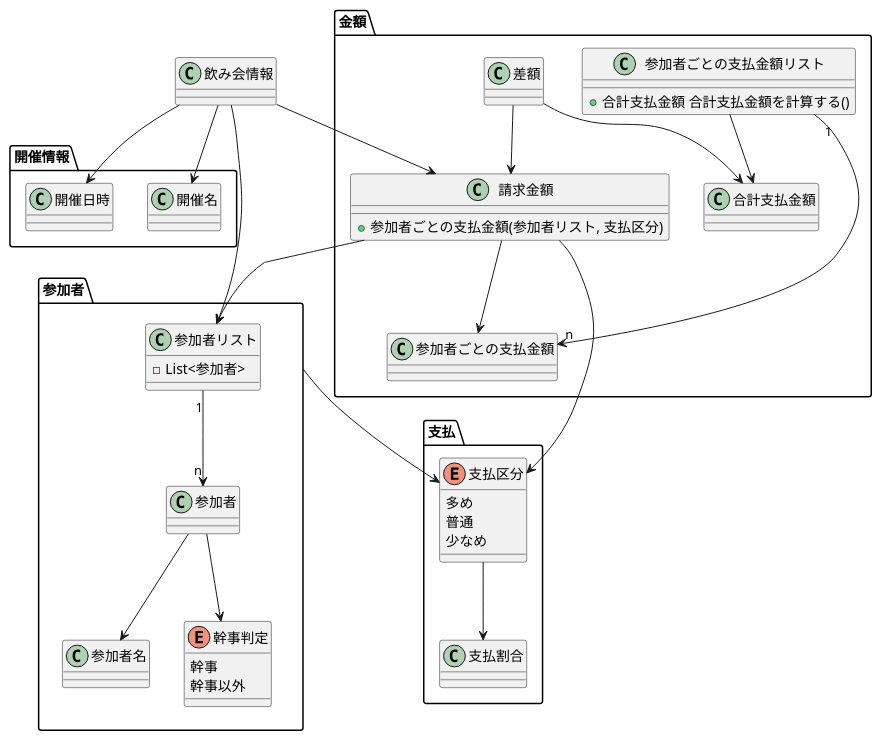
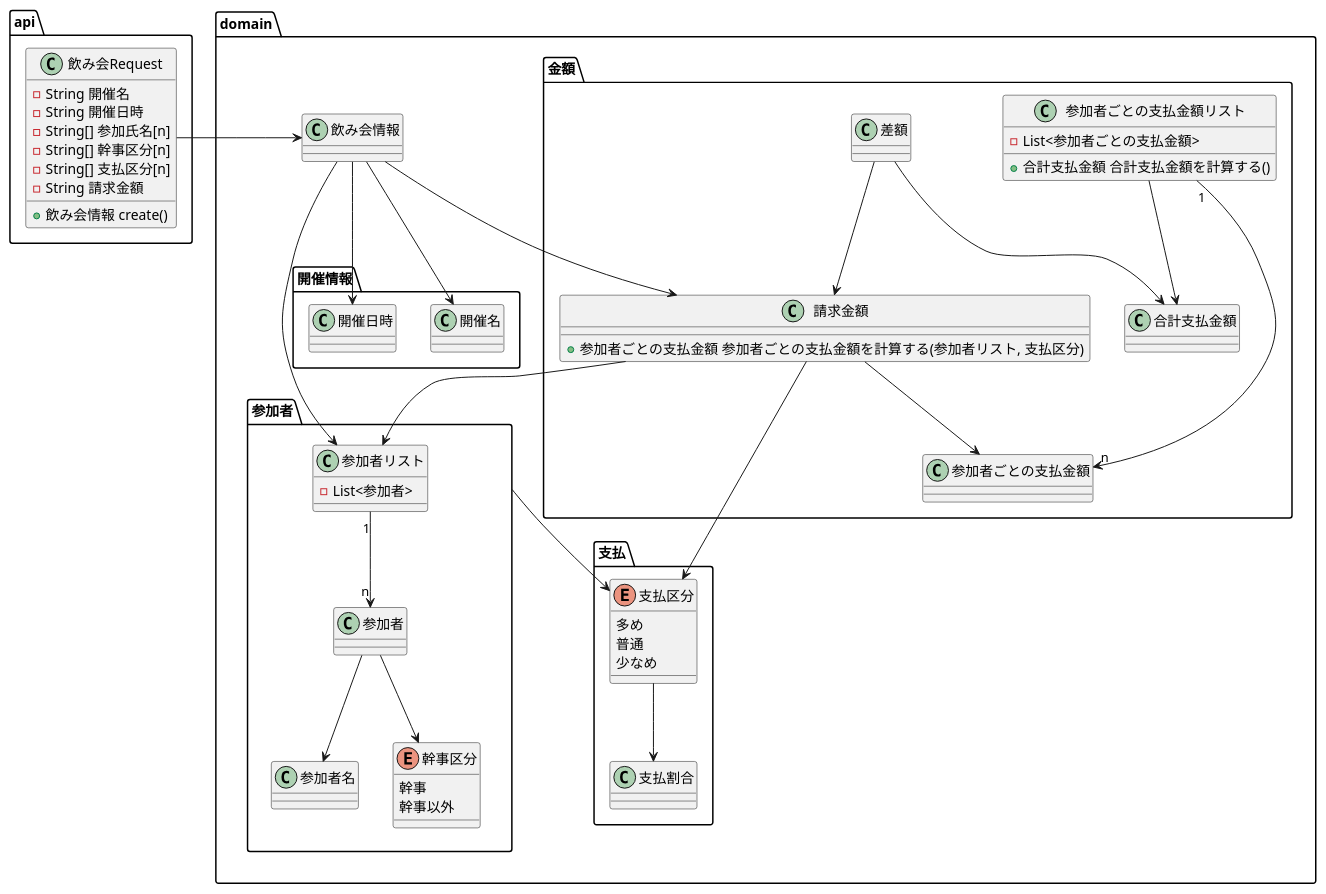
The diagram in document/model.puml (oinao709/ddd-warikan-system), drawn with PlantUML before and after one commit.

Commit message:
api層を追加し、記述漏れを追記

```diff
--- a/document/model.puml
+++ b/document/model.puml
@@ -1,70 +1,88 @@
 @startuml
 
-class 飲み会情報 {
-}
-package 開催情報 {
-    class 開催名 {
-    }
-    class 開催日時 {
+package api {
+    class 飲み会Request {
+        - String 開催名
+        - String 開催日時
+        - String[] 参加氏名[n]
+        - String[] 幹事区分[n]
+        - String[] 支払区分[n]
+        - String 請求金額
+        + 飲み会情報 create()
     }
 }
 
-package 参加者 {
-
-    class 参加者リスト {
-        - List<参加者>
+package domain {
+    class 飲み会情報 {
     }
-    class 参加者 {
-    }
-    class 参加者名 {
-    }
-    enum 幹事判定 {
-        幹事
-        幹事以外
+    package 開催情報 {
+        class 開催名 {
+        }
+        class 開催日時 {
+        }
     }
 
-    参加者リスト "1" --> "n" 参加者
-    参加者 --> 参加者名
-    参加者 --> 幹事判定
+    package 参加者 {
+
+        class 参加者リスト {
+            - List<参加者>
+        }
+        class 参加者 {
+        }
+        class 参加者名 {
+        }
+        enum 幹事区分 {
+            幹事
+            幹事以外
+        }
+
+        参加者リスト "1" --> "n" 参加者
+        参加者 --> 参加者名
+        参加者 --> 幹事区分
+    }
+
+    package 支払 {
+        enum 支払区分 {
+            多め
+            普通
+            少なめ
+        }
+        class 支払割合 {
+        }
+
+        支払区分 --> 支払割合
+    }
+
+    package 金額 {
+        class 合計支払金額 {
+        }
+        class 参加者ごとの支払金額リスト {
+            - List<参加者ごとの支払金額>
+            + 合計支払金額 合計支払金額を計算する()
+        }
+        class 参加者ごとの支払金額 {
+        }
+        class 請求金額 {
+            + 参加者ごとの支払金額 参加者ごとの支払金額を計算する(参加者リスト, 支払区分)
+        }
+        class 差額 {
+        }
+        差額 --> 合計支払金額
+        差額 --> 請求金額
+        請求金額 --> 参加者ごとの支払金額
+        参加者ごとの支払金額リスト "1" --> "n" 参加者ごとの支払金額
+        参加者ごとの支払金額リスト --> 合計支払金額
+    }
+
+    参加者 --> 支払区分
+    飲み会情報 --> 開催名
+    飲み会情報 --> 開催日時
+    飲み会情報 --> 参加者リスト
+    飲み会情報 --> 請求金額
+    請求金額 --> 参加者リスト
+    請求金額 --> 支払区分
 }
 
-package 支払 {
-    enum 支払区分 {
-        多め
-        普通
-        少なめ
-    }
-    class 支払割合 {
-    }
+飲み会Request -> 飲み会情報
 
-    支払区分 --> 支払割合
-}
-
-package 金額 {
-    class 合計支払金額 {
-    }
-    class 参加者ごとの支払金額リスト {
-        + 合計支払金額 合計支払金額を計算する()
-    }
-    class 参加者ごとの支払金額 {
-    }
-    class 請求金額 {
-        + 参加者ごとの支払金額(参加者リスト, 支払区分)
-    }
-    class 差額 {
-    }
-    差額 --> 合計支払金額
-    差額 --> 請求金額
-    請求金額 --> 参加者ごとの支払金額
-    参加者ごとの支払金額リスト "1" --> "n" 参加者ごとの支払金額
-    参加者ごとの支払金額リスト --> 合計支払金額
-}
-
-参加者 --> 支払区分
-飲み会情報 --> 開催名
-飲み会情報 --> 開催日時
-飲み会情報 --> 参加者リスト
-飲み会情報 --> 請求金額
-請求金額 --> 参加者リスト
-請求金額 --> 支払区分
 @enduml
```
